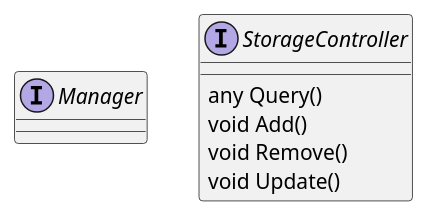
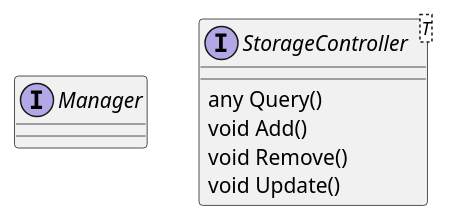
One commit to ShapeLayer/se-lecture-task__project-structure-definitions changed the diagram in src/definitions/interfaces.puml. Above: the diagram before and after it, drawn with PlantUML. The commit also changed 19 other files, not shown here.

```diff
--- a/src/definitions/interfaces.puml
+++ b/src/definitions/interfaces.puml
@@ -1,9 +1,9 @@
 @startuml
 Interface Manager
-Interface StorageController {
+Interface StorageController<T> {
     any Query()
     void Add()
     void Remove()
     void Update()
 }
 @enduml
```
